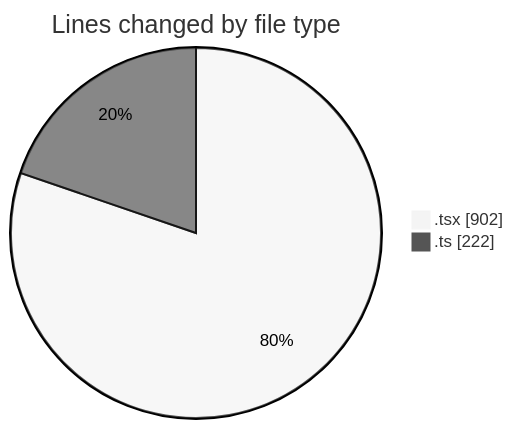
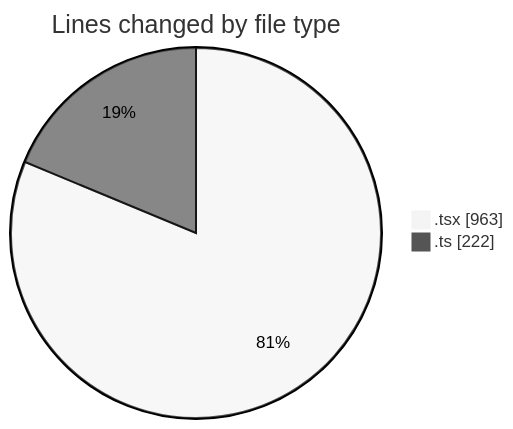
Before and after one commit to robertbonfada/code-tracking: the first of 2 diagrams in 2025-03-19/peregrino-web/README.md, drawn with Mermaid (neutral theme). The commit also changed other lines of this file and 1 other file, not shown here.

````diff
--- a/2025-03-19/peregrino-web/README.md
+++ b/2025-03-19/peregrino-web/README.md
@@ -37,6 +37,6 @@
 ```mermaid
 pie showData
 title Lines changed by file type
-".tsx" : 902
+".tsx" : 963
 ".ts" : 222
 ```
````
